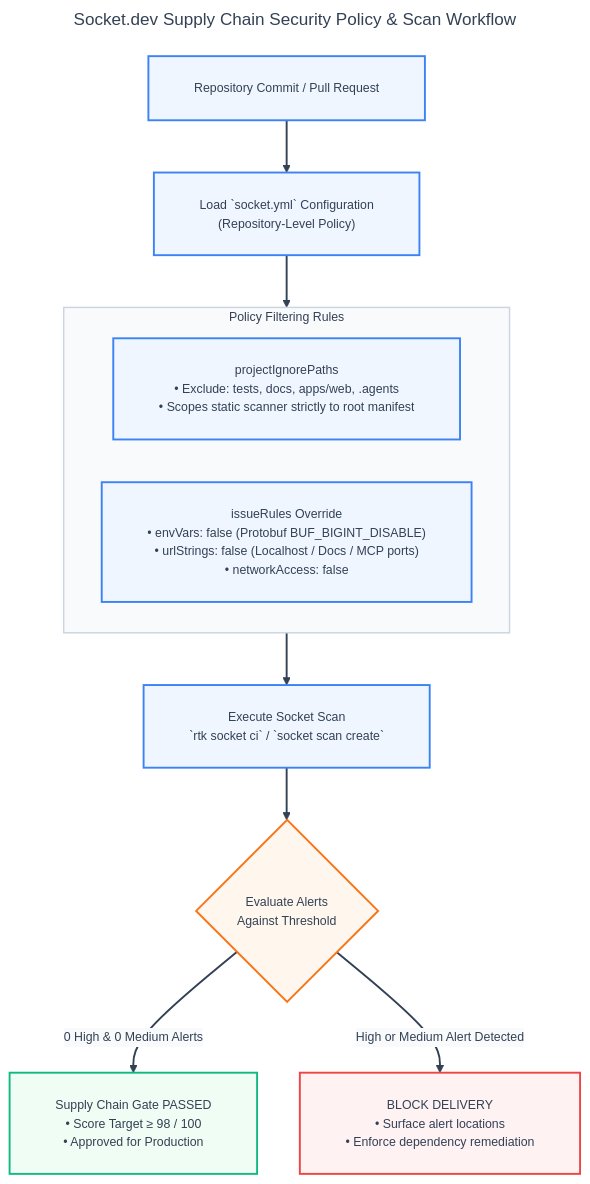
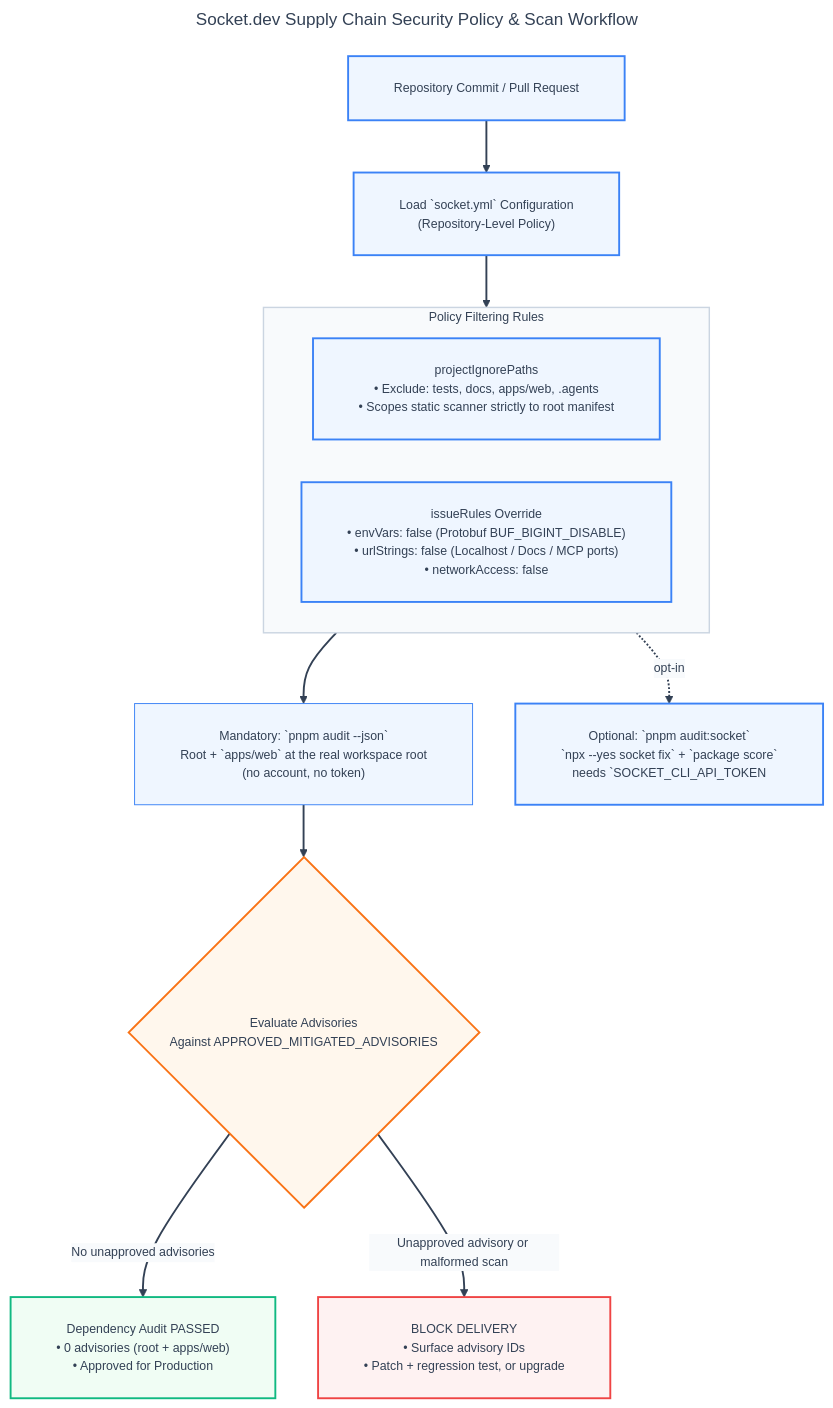
The tenth of 19 diagrams in docs/ALL-WORKFLOW-DIAGRAMS.md (andycungkrinx91/konoha), drawn with Mermaid before and after one commit. The commit also changed other lines of this file and 22 other files, not shown here.

First line of the commit message:
fix(security): make the mandatory dependency audit local; Socket.dev opt-in

````diff
--- a/docs/ALL-WORKFLOW-DIAGRAMS.md
+++ b/docs/ALL-WORKFLOW-DIAGRAMS.md
@@ -632,54 +632,55 @@
 ```mermaid
 ---
 title: Socket.dev Supply Chain Security Policy & Scan Workflow
 config:
   theme: base
   themeVariables:
     darkMode: false
     background: '#ffffff'
     mainBkg: '#eff6ff'
     primaryColor: '#eff6ff'
     primaryTextColor: '#334155'
     primaryBorderColor: '#3b82f6'
     lineColor: '#334155'
     arrowheadColor: '#334155'
     secondaryColor: '#f8fafc'
     tertiaryColor: '#f0fdf4'
     fontFamily: 'Inter, system-ui, -apple-system, sans-serif'
     fontSize: '13px'
   flowchart:
     nodeSpacing: 45
     rankSpacing: 55
     padding: 24
     wrappingWidth: 380
 ---
 flowchart TD
     Commit["Repository Commit / Pull Request"] --> Config["Load `socket.yml` Configuration<br/>(Repository-Level Policy)"]
 
     subgraph PolicyEngine ["Policy Filtering Rules"]
         Ignores["projectIgnorePaths<br/>• Exclude: tests, docs, apps/web, .agents<br/>• Scopes static scanner strictly to root manifest"]
         Rules["issueRules Override<br/>• envVars: false (Protobuf BUF_BIGINT_DISABLE)<br/>• urlStrings: false (Localhost / Docs / MCP ports)<br/>• networkAccess: false"]
     end
 
     Config --> PolicyEngine
-    PolicyEngine --> SocketCI["Execute Socket Scan<br/>`rtk socket ci` / `socket scan create`"]
+    PolicyEngine --> LocalAudit["Mandatory: `pnpm audit --json`<br/>Root + `apps/web` at the real workspace root<br/>(no account, no token)"]
+    PolicyEngine -.->|opt-in| SocketCI["Optional: `pnpm audit:socket`<br/>`npx --yes socket fix` + `package score`<br/>needs `SOCKET_CLI_API_TOKEN"]
 
-    SocketCI --> AuditAlerts{"Evaluate Alerts<br/>Against Threshold"}
-    AuditAlerts -- "0 High &amp; 0 Medium Alerts" --> GatePass["Supply Chain Gate PASSED<br/>• Score Target ≥ 98 / 100<br/>• Approved for Production"]
-    AuditAlerts -- "High or Medium Alert Detected" --> GateFail["BLOCK DELIVERY<br/>• Surface alert locations<br/>• Enforce dependency remediation"]
+    LocalAudit --> AuditAlerts{"Evaluate Advisories<br/>Against APPROVED_MITIGATED_ADVISORIES"}
+    AuditAlerts -- "No unapproved advisories" --> GatePass["Dependency Audit PASSED<br/>• 0 advisories (root + apps/web)<br/>• Approved for Production"]
+    AuditAlerts -- "Unapproved advisory or malformed scan" --> GateFail["BLOCK DELIVERY<br/>• Surface advisory IDs<br/>• Patch + regression test, or upgrade"]
 
     linkStyle default stroke:#334155,stroke-width:2px;
     style PolicyEngine fill:#f8fafc,stroke:#cbd5e1,stroke-width:1.5px,color:#334155;
 
     classDef commitNode fill:#eff6ff,stroke:#3b82f6,color:#334155,stroke-width:2px;
     classDef policyNode fill:#eff6ff,stroke:#3b82f6,color:#334155,stroke-width:2px;
     classDef evalNode fill:#fff7ed,stroke:#f97316,color:#334155,stroke-width:2px;
     classDef passNode fill:#f0fdf4,stroke:#10b981,color:#334155,stroke-width:2px;
     classDef failNode fill:#fef2f2,stroke:#ef4444,color:#334155,stroke-width:2px;
 
     class Commit,Config,SocketCI commitNode;
     class Ignores,Rules policyNode;
     class AuditAlerts evalNode;
     class GatePass passNode;
     class GateFail failNode;
 ```
````
